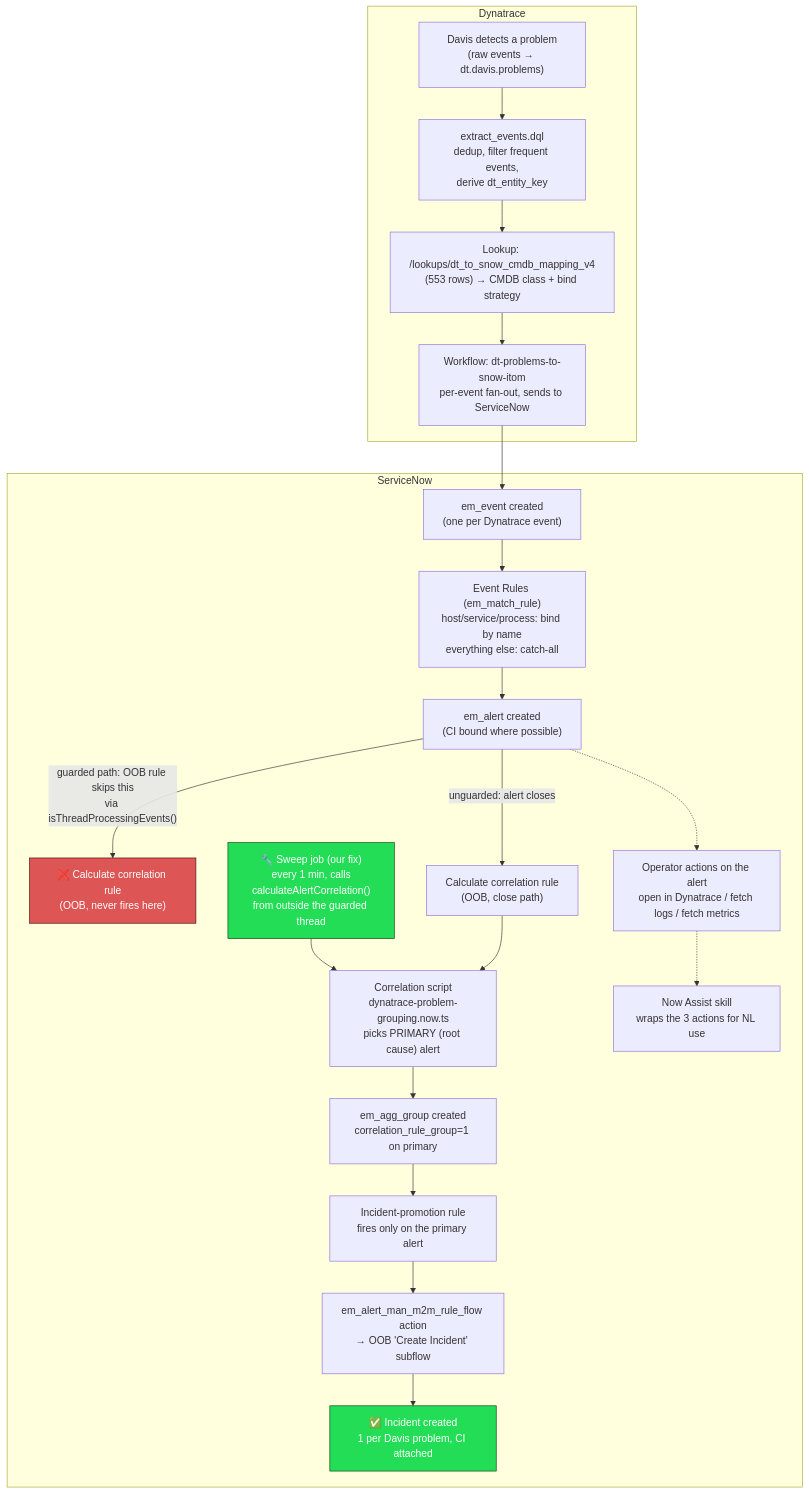
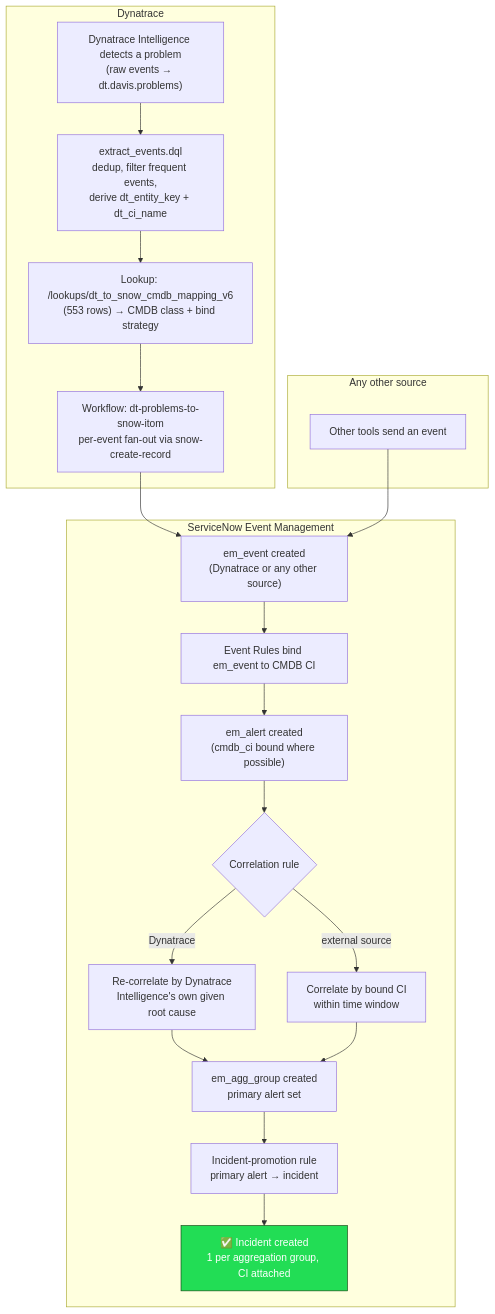
One commit to aericjw/aiops-dt-now changed the diagram in docs/PIPELINE-FLOW.md. Above: the diagram before and after it, drawn with Mermaid. The commit also changed other lines of this file and 9 other files, not shown here.

First line of the commit message:
feat: generalize pipeline to any source, add display-id correlation rule, update docs

````diff
--- a/docs/PIPELINE-FLOW.md
+++ b/docs/PIPELINE-FLOW.md
@@ -8,34 +16,32 @@
 ```mermaid
 flowchart TD
     subgraph DT["Dynatrace"]
-        A["Davis detects a problem<br/>(raw events → dt.davis.problems)"] --> B["extract_events.dql<br/>dedup, filter frequent events,<br/>derive dt_entity_key"]
-        B --> C["Lookup: /lookups/dt_to_snow_cmdb_mapping_v4<br/>(553 rows) → CMDB class + bind strategy"]
-        C --> D["Workflow: dt-problems-to-snow-itom<br/>per-event fan-out, sends to ServiceNow"]
+        A["Dynatrace Intelligence detects a problem<br/>(raw events → dt.davis.problems)"] --> B["extract_events.dql<br/>dedup, filter frequent events,<br/>derive dt_entity_key + dt_ci_name"]
+        B --> C["Lookup: /lookups/dt_to_snow_cmdb_mapping_v6<br/>(553 rows) → CMDB class + bind strategy"]
+        C --> D["Workflow: dt-problems-to-snow-itom<br/>per-event fan-out via snow-create-record"]
+    end
+
+    subgraph EXT["Any other source"]
+        X["Other tools send an event"]
     end
 
     D --> E
+    X --> E
 
-    subgraph SN["ServiceNow"]
-        E["em_event created<br/>(one per Dynatrace event)"]
-        E --> F["Event Rules (em_match_rule)<br/>host/service/process: bind by name<br/>everything else: catch-all"]
-        F --> G["em_alert created<br/>(CI bound where possible)"]
+    subgraph SN["ServiceNow Event Management"]
+        E["em_event created<br/>(Dynatrace or any other source)"]
+        E --> F["Event Rules bind em_event to CMDB CI"]
+        F --> G["em_alert created<br/>(cmdb_ci bound where possible)"]
 
-        G -->|"guarded path: OOB rule skips this<br/>via isThreadProcessingEvents()"| H1["❌ Calculate correlation rule<br/>(OOB, never fires here)"]
-        G -->|"unguarded: alert closes"| H2["Calculate correlation rule<br/>(OOB, close path)"]
-        SWEEP["🔧 Sweep job (our fix)<br/>every 1 min, calls\ncalculateAlertCorrelation()\nfrom outside the guarded thread"] --> I
+        G --> H{"Correlation rule"}
+        H -->|"Dynatrace"| I1["Re-correlate by Dynatrace<br/>Intelligence's own given root cause"]
+        H -->|"external source"| I2["Correlate by bound CI<br/>within time window"]
+        I1 --> J["em_agg_group created<br/>primary alert set"]
+        I2 --> J
 
-        H2 --> I["Correlation script<br/>dynatrace-problem-grouping.now.ts<br/>picks PRIMARY (root cause) alert"]
-        I --> J["em_agg_group created<br/>correlation_rule_group=1 on primary"]
-
-        J --> K["Incident-promotion rule<br/>fires only on the primary alert"]
-        K --> L["em_alert_man_m2m_rule_flow action<br/>→ OOB 'Create Incident' subflow"]
-        L --> M["✅ Incident created<br/>1 per Davis problem, CI attached"]
-
-        G -.-> N["Operator actions on the alert<br/>open in Dynatrace / fetch logs / fetch metrics"]
-        N -.-> O["Now Assist skill<br/>wraps the 3 actions for NL use"]
+        J --> K["Incident-promotion rule<br/>primary alert → incident"]
+        K --> M["✅ Incident created<br/>1 per aggregation group, CI attached"]
     end
 
-    style SWEEP fill:#2d5,stroke:#141,color:#fff
     style M fill:#2d5,stroke:#141,color:#fff
-    style H1 fill:#d55,stroke:#411,color:#fff
 ```
````
